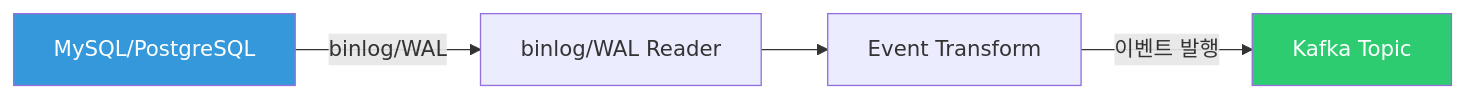
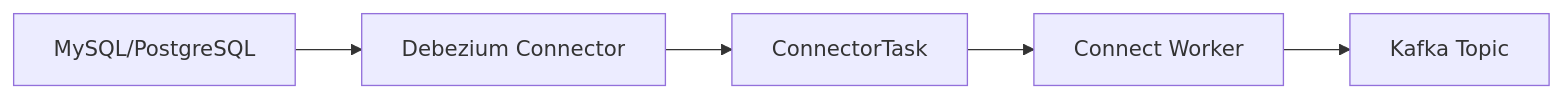
Before and after one commit to yjkim2015/yjkim2015.github.io: the fourth of 6 diagrams in _posts/kafka/2026-05-01-kafka-outbox-cdc.md, drawn with Mermaid. The commit also changed other lines of this file and 4 other files, not shown here.

````diff
--- a/_posts/kafka/2026-05-01-kafka-outbox-cdc.md
+++ b/_posts/kafka/2026-05-01-kafka-outbox-cdc.md
@@ -207,8 +602,7 @@
 ```mermaid
-flowchart LR
-    READER["binlog/WAL Reader"] --> SMT["Event Transform"]
-    DB["MySQL/PostgreSQL"] -->|"binlog/WAL"| READER
-    SMT -->|"이벤트 발행"| KAFKA["Kafka Topic"]
-    style DB fill:#3498db,color:#fff
-    style KAFKA fill:#2ecc71,color:#fff
+graph LR
+    DB["MySQL/PostgreSQL"] --> CONN["Debezium Connector"]
+    CONN --> TASK["ConnectorTask"]
+    TASK --> WORKER["Connect Worker"]
+    WORKER --> KAFKA["Kafka Topic"]
 ```
````
